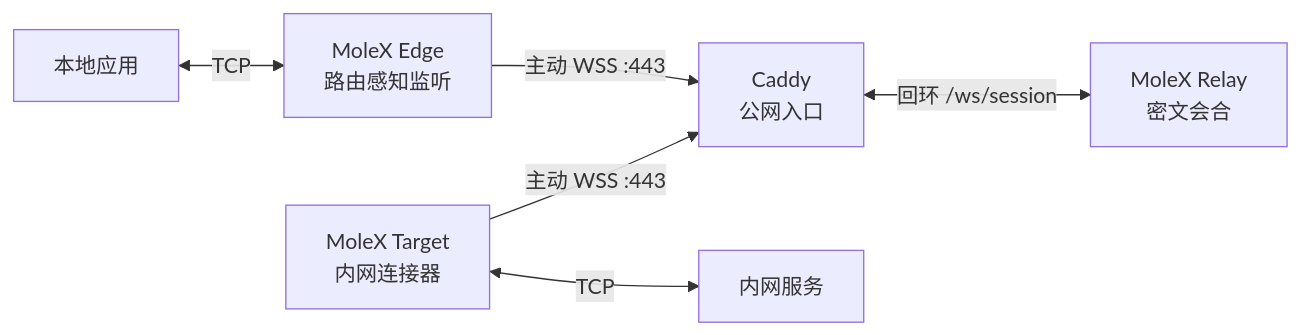
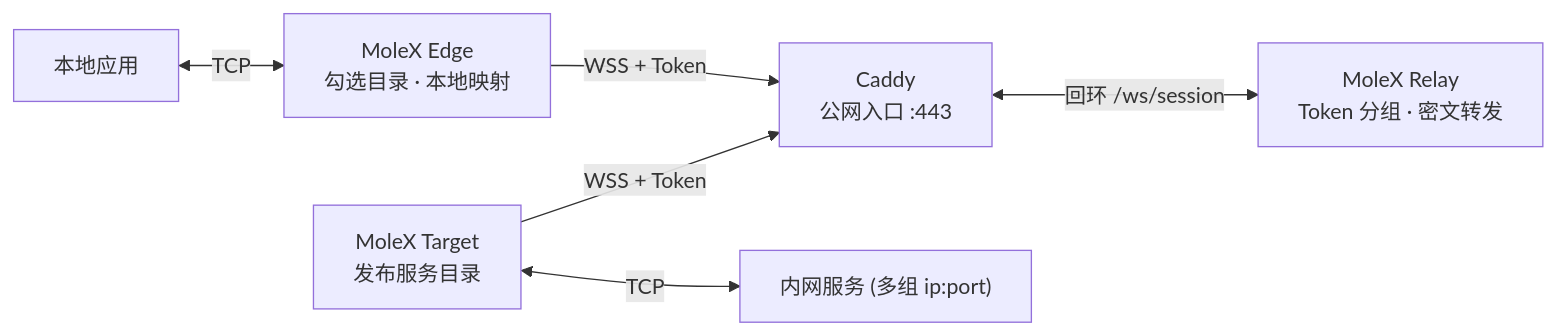
The diagram in README.md (suifei/molex), drawn with Mermaid before and after one commit. The commit also changed other lines of this file and 71 other files, not shown here.

First line of the commit message:
Release MoleX v0.4.0 with the v2 token-group architecture.

````diff
--- a/README.md
+++ b/README.md
@@ -80,8 +62,8 @@
 ```mermaid
 flowchart LR
-    App["本地应用"] <-->|"TCP"| Edge["MoleX Edge<br/>路由感知监听"]
-    Edge -->|"主动 WSS :443"| Caddy["Caddy<br/>公网入口"]
-    Caddy <-->|"回环 /ws/session"| Relay["MoleX Relay<br/>密文会合"]
-    Target["MoleX Target<br/>内网连接器"] -->|"主动 WSS :443"| Caddy
-    Target <-->|"TCP"| Service["内网服务"]
+    App["本地应用"] <-->|"TCP"| Edge["MoleX Edge<br/>勾选目录 · 本地映射"]
+    Edge -->|"WSS + Token"| Caddy["Caddy<br/>公网入口 :443"]
+    Caddy <-->|"回环 /ws/session"| Relay["MoleX Relay<br/>Token 分组 · 密文转发"]
+    Target["MoleX Target<br/>发布服务目录"] -->|"WSS + Token"| Caddy
+    Target <-->|"TCP"| Service["内网服务 (多组 ip:port)"]
 ```
````
